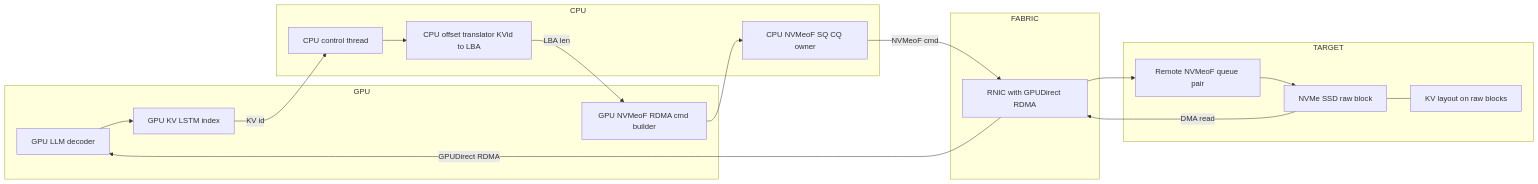
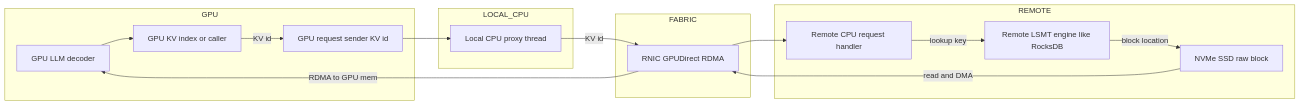
One commit to nilpe/vllm changed the second of 2 diagrams in CHFS_GDS_BACKEND_ARCHITECTURE.md. Above: the diagram before and after it, drawn with Mermaid.

````diff
--- a/CHFS_GDS_BACKEND_ARCHITECTURE.md
+++ b/CHFS_GDS_BACKEND_ARCHITECTURE.md
@@ -33,42 +33,38 @@
 ```mermaid
 flowchart LR
   subgraph GPU
     GAPP[GPU LLM decoder]
-    GLSTM[GPU KV LSTM index]
-    GENG[GPU NVMeoF RDMA cmd builder]
+    GLSTM[GPU KV index or caller]
+    GREQ[GPU request sender KV id]
   end
 
-  subgraph CPU
-    CCTRL[CPU control thread]
-    COFF[CPU offset translator KVid to LBA]
-    CSQ[CPU NVMeoF SQ CQ owner]
+  subgraph LOCAL_CPU
+    CCTRL[Local CPU proxy thread]
   end
 
   subgraph FABRIC
-    RNIC[RNIC with GPUDirect RDMA]
+    RNIC[RNIC GPUDirect RDMA]
   end
 
-  subgraph TARGET
-    QP[Remote NVMeoF queue pair]
-    NVME[NVMe SSD raw block]
-    LAYOUT[KV layout on raw blocks]
+  subgraph REMOTE
+    RCPU[Remote CPU request handler]
+    RLSM[Remote LSMT engine like RocksDB]
+    RNVM[NVMe SSD raw block]
   end
 
   %% request path
   GAPP --> GLSTM
-  GLSTM -->|KV id| CCTRL
-  CCTRL --> COFF
-  COFF -->|LBA len| GENG
-  GENG --> CSQ
-  CSQ -->|NVMeoF cmd| RNIC
-  RNIC --> QP
-  QP --> NVME
+  GLSTM -->|KV id| GREQ
+  GREQ --> CCTRL
+  CCTRL -->|KV id| RNIC
+  RNIC --> RCPU
+  RCPU -->|lookup key| RLSM
+  RLSM -->|block location| RNVM
 
   %% data return path
-  NVME -->|DMA read| RNIC
-  RNIC -->|GPUDirect RDMA| GAPP
+  RNVM -->|read and DMA| RNIC
+  RNIC -->|RDMA to GPU mem| GAPP
 
-  %% layout hint
-  NVME --- LAYOUT
+
 
 ```
````
